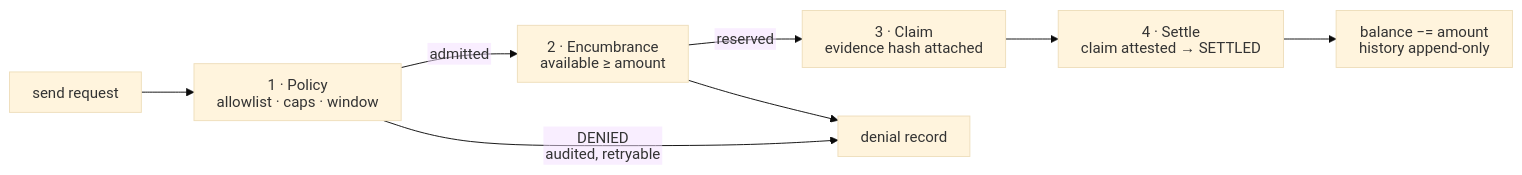
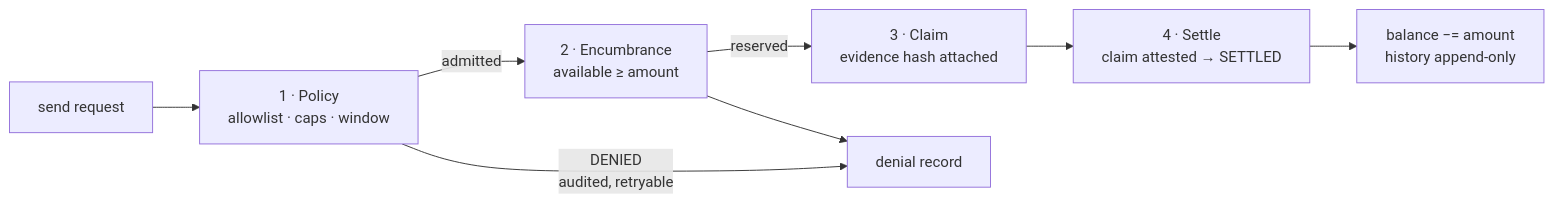
One commit to etvjay/Nomos changed the second of 2 diagrams in primitives/ppa/WHITEPAPER.md. Above: the diagram before and after it, drawn with Mermaid. The commit also changed other lines of this file and 2 other files, not shown here.

Commit message:
whitepapers: drop mermaid init directives — GitHub renderer rejects the config combo and falls back to raw text
Diagram syntax itself validated (renders via mermaid.ink). GitHub's
mermaid sandbox is stricter; default theme renders cleanly without the
directive.

````diff
--- a/primitives/ppa/WHITEPAPER.md
+++ b/primitives/ppa/WHITEPAPER.md
@@ -93,11 +92,10 @@
 ```mermaid
-%%{init: {"theme": "base", "securityLevel": "strict", "htmlLabels": false, "flowchart": {"htmlLabels": false, "curve": "basis", "nodeSpacing": 42, "rankSpacing": 56, "padding": 12}}}%%
 flowchart LR
     REQ["send request"] --> G1["1 · Policy<br/>allowlist · caps · window"]
     G1 -->|"admitted"| G2["2 · Encumbrance<br/>available ≥ amount"]
     G2 -->|"reserved"| G3["3 · Claim<br/>evidence hash attached"]
     G3 --> G4["4 · Settle<br/>claim attested → SETTLED"]
     G1 -->|"DENIED<br/>audited, retryable"| DENY["denial record"]
     G2 --> DENY
     G4 --> OUT["balance −= amount<br/>history append-only"]
 ```
````
